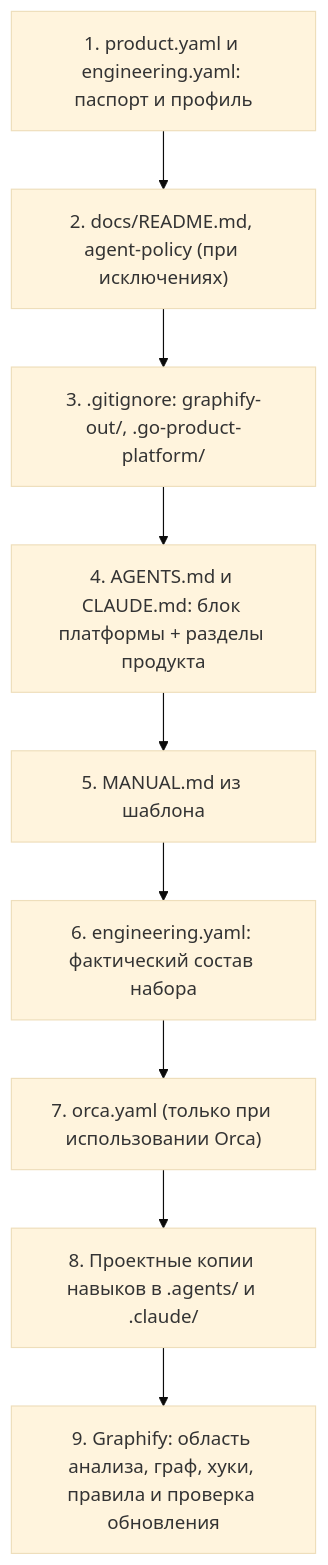
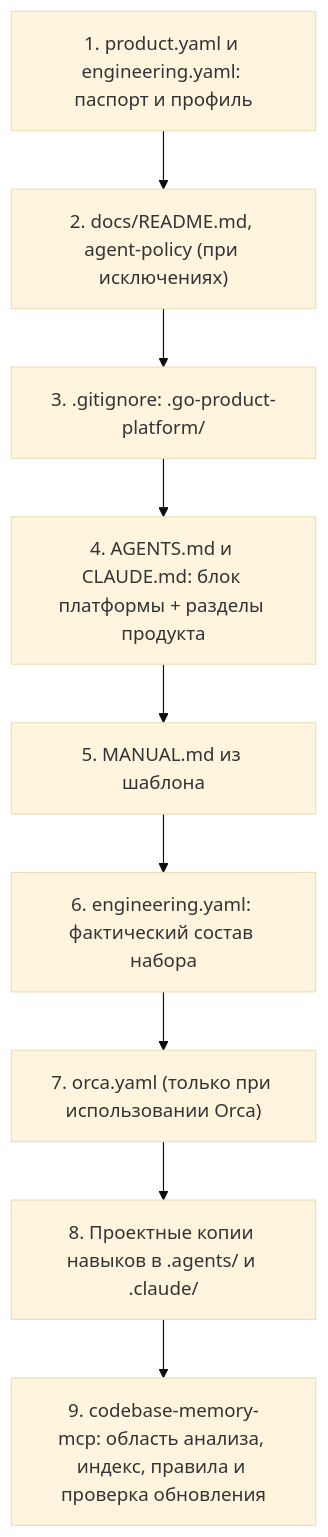
The second of 2 diagrams in platform/skills/go-platform-bootstrap/SKILL.md (vadagama/go-product-platform), drawn with Mermaid (base theme) before and after one commit. The commit also changed other lines of this file and 58 other files, not shown here.

Commit message:
feat: заменить Graphify на codebase-memory-mcp

````diff
--- a/platform/skills/go-platform-bootstrap/SKILL.md
+++ b/platform/skills/go-platform-bootstrap/SKILL.md
@@ -155,11 +155,11 @@
 ```mermaid
 flowchart TD
     S1["1. product.yaml и engineering.yaml: паспорт и профиль"] --> S2["2. docs/README.md, agent-policy (при исключениях)"]
-    S2 --> S3["3. .gitignore: graphify-out/, .go-product-platform/"]
+    S2 --> S3["3. .gitignore: .go-product-platform/"]
     S3 --> S4["4. AGENTS.md и CLAUDE.md: блок платформы + разделы продукта"]
     S4 --> S5["5. MANUAL.md из шаблона"]
     S5 --> S6["6. engineering.yaml: фактический состав набора"]
     S6 --> S7["7. orca.yaml (только при использовании Orca)"]
     S7 --> S8["8. Проектные копии навыков в .agents/ и .claude/"]
-    S8 --> S9["9. Graphify: область анализа, граф, хуки, правила и проверка обновления"]
+    S8 --> S9["9. codebase-memory-mcp: область анализа, индекс, правила и проверка обновления"]
 ```
````
